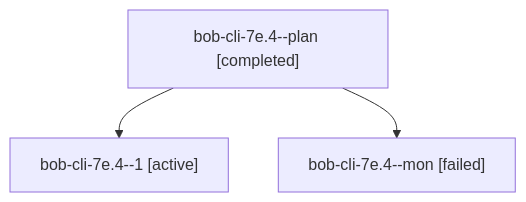
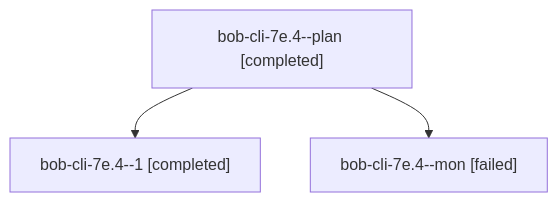
One commit to bobs-org/bob-cli--agents changed the diagram in sessions/bbugyi200.athena.bob-cli-7e.4.md. Above: the diagram before and after it, drawn with Mermaid. The commit also changed other lines of this file and 31 other files, not shown here.

````diff
--- a/sessions/bbugyi200.athena.bob-cli-7e.4.md
+++ b/sessions/bbugyi200.athena.bob-cli-7e.4.md
@@ -9,8 +9,8 @@
 ```mermaid
 flowchart TD
   n0["bob-cli-7e.4--plan [completed]"]
-  n1["bob-cli-7e.4--1 [active]"]
+  n1["bob-cli-7e.4--1 [completed]"]
   n0 --> n1
   n2["bob-cli-7e.4--mon [failed]"]
   n0 --> n2
 ```
````
